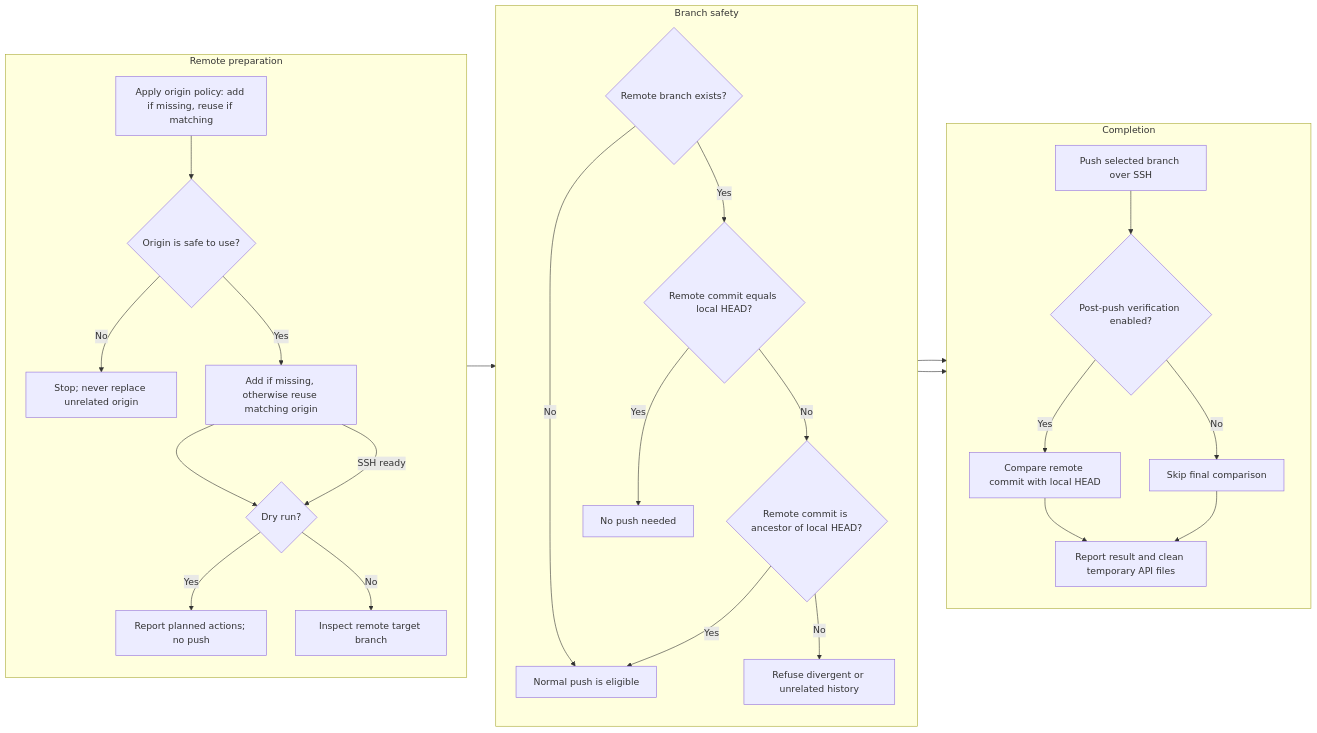
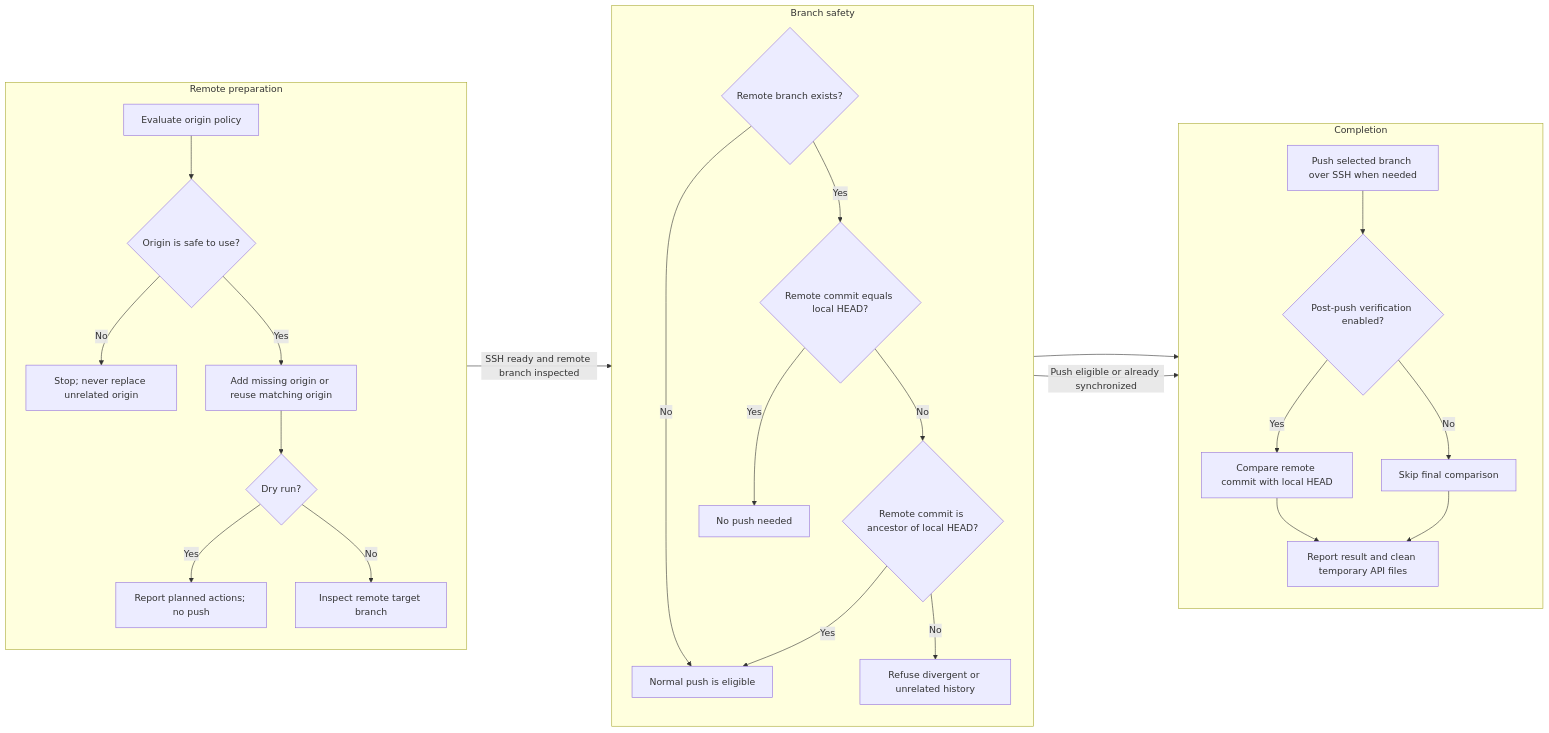
The third of 3 diagrams in README/015_program_flow.md (TheInternetTutor/ghputil), drawn with Mermaid before and after one commit. The commit also changed other lines of this file, not shown here.

Commit message:
Update project repository policy and refine Mermaid workflow diagrams

````diff
--- a/README/015_program_flow.md
+++ b/README/015_program_flow.md
@@ -84,34 +82,33 @@
 ```mermaid
 flowchart LR
   subgraph F[Remote preparation]
     direction TB
-    F1[Apply origin policy: add if missing, reuse if matching] --> F1A{Origin is safe to use?}
+    F1[Evaluate origin policy] --> F1A{Origin is safe to use?}
     F1A -- No --> FSTOP[Stop; never replace unrelated origin]
-    F1A -- Yes --> F2[Add if missing, otherwise reuse matching origin]
+    F1A -- Yes --> F2[Add missing origin or reuse matching origin]
     F2 --> F3{Dry run?}
     F3 -- Yes --> F4[Report planned actions; no push]
     F3 -- No --> F5[Inspect remote target branch]
   end
   subgraph G[Branch safety]
     direction TB
     G1{Remote branch exists?}
     G1 -- No --> G5[Normal push is eligible]
     G1 -- Yes --> G2{Remote commit equals local HEAD?}
     G2 -- Yes --> G3[No push needed]
     G2 -- No --> G4{Remote commit is ancestor of local HEAD?}
     G4 -- Yes --> G5
     G4 -- No --> G6[Refuse divergent or unrelated history]
   end
   subgraph H[Completion]
     direction TB
-    H1[Push selected branch over SSH] --> H2{Post-push verification enabled?}
+    H1[Push selected branch over SSH when needed] --> H2{Post-push verification enabled?}
     H2 -- Yes --> H3[Compare remote commit with local HEAD]
     H2 -- No --> H4[Skip final comparison]
     H3 --> H5[Report result and clean temporary API files]
     H4 --> H5
     G3 --> H2
   end
-  F2 -->|SSH ready| F3
-  F5 --> G1
-  G5 --> H1
+  F -->|SSH ready and remote branch inspected| G
+  G -->|Push eligible or already synchronized| H
 ```
````
